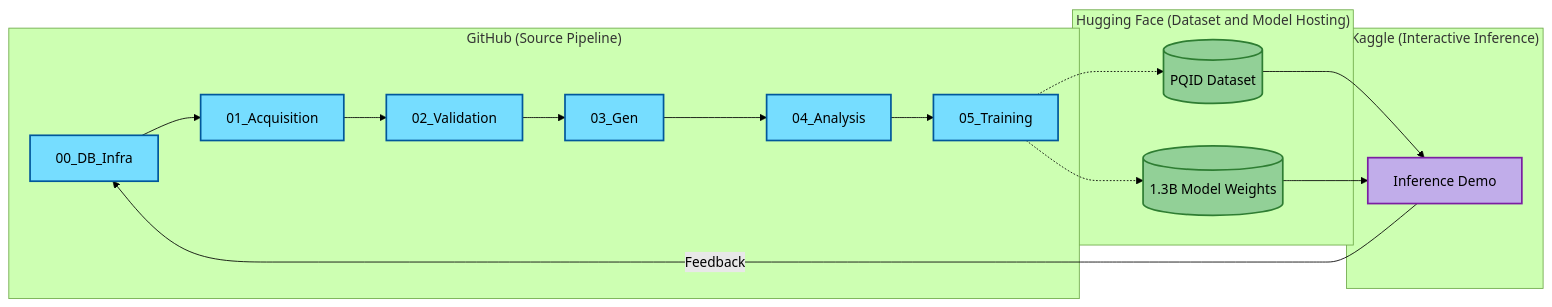
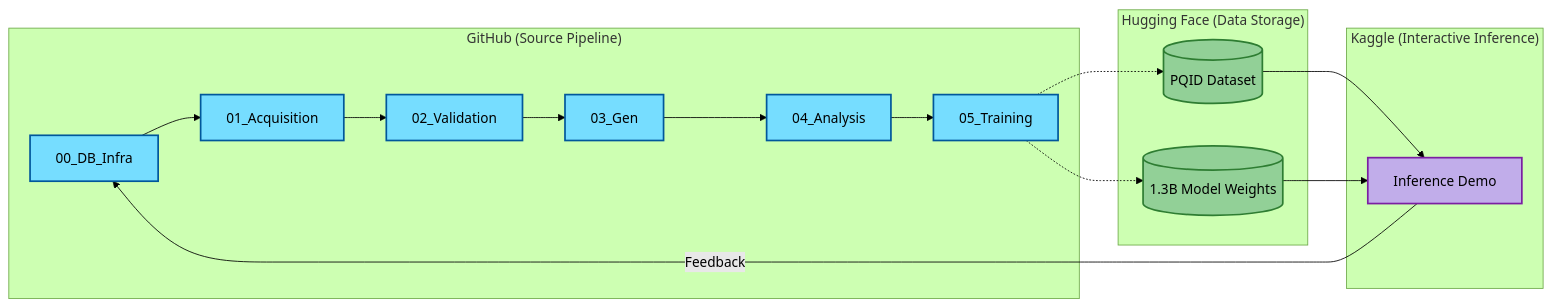
Before and after one commit to Elias-Abebe-Gasparini/PQID-Dataset: the first of 3 diagrams in ARCHITECTURE.mmd, drawn with Mermaid (forest theme). The commit also changed 1 other file, not shown here.

Commit message:
uppdated proccess diagrams

````diff
--- a/ARCHITECTURE.mmd
+++ b/ARCHITECTURE.mmd
@@ -3,36 +3,36 @@
 ```mermaid
 graph LR
     %% Class Definitions
     classDef github fill:#76ddff,stroke:#01579b,stroke-width:2px;
     classDef hf fill:#92d097,stroke:#2e7d32,stroke-width:2px;
     classDef kaggle fill:#c1adea,stroke:#7b1fa2,stroke-width:2px;
 
     subgraph "GitHub (Source Pipeline)"
         A[00_DB_Infra] --> B[01_Acquisition]
         B --> C[02_Validation]
         C --> D[03_Gen]
         D --> E[04_Analysis]
         E --> F[05_Training]
     end
 
-    subgraph "Hugging Face (Dataset and Model Hosting)"
+    subgraph "Hugging Face (Data Storage)"
         G[(PQID Dataset)]
         H[(1.3B Model Weights)]
     end
 
     subgraph "Kaggle (Interactive Inference)"
         I[Inference Demo]
     end
 
     %% Applying Classes
     class A,B,C,D,E,F github;
     class G,H hf;
     class I kaggle;
 
     %% Connections
     F -.-> G
     F -.-> H
     G --> I
     H --> I
     I -- Feedback --> A
 ```
````
